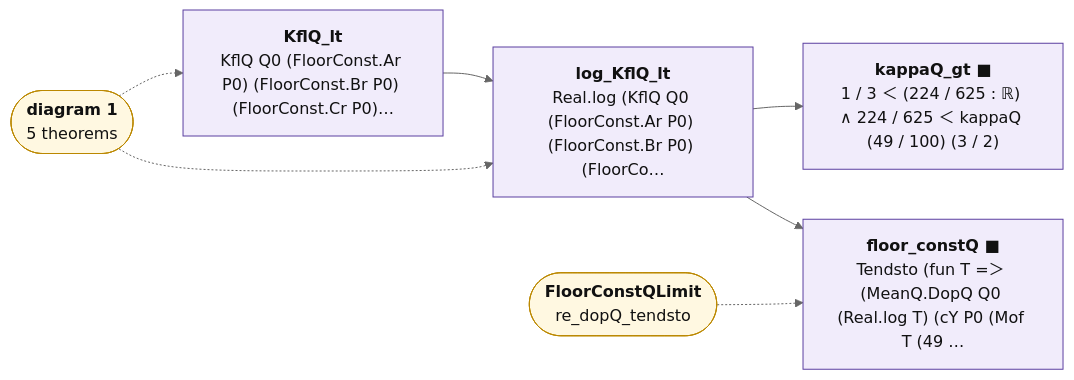
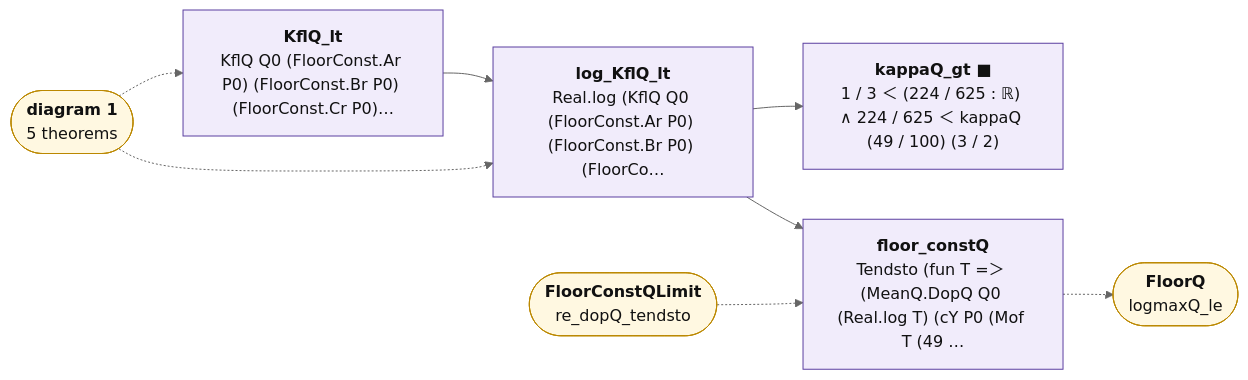
The second of 2 diagrams in map/lean_stage3/FloorConstQ.md (juliansambranojr/Primebeat_081426), drawn with Mermaid (neutral theme) before and after one commit. The commit also changed other lines of this file and 70 other files, not shown here.

````diff
--- a/map/lean_stage3/FloorConstQ.md
+++ b/map/lean_stage3/FloorConstQ.md
@@ -121,23 +126,25 @@
 ```mermaid
 flowchart LR
   n0["<b>KflQ_lt</b><br/>KflQ Q0 (FloorConst.Ar P0) (FloorConst.Br P0) (FloorConst.Cr P0)…"]:::shp
   n1["<b>log_KflQ_lt</b><br/>Real.log (KflQ Q0 (FloorConst.Ar P0) (FloorConst.Br P0) (FloorCo…"]:::shp
   n2["<b>kappaQ_gt ■</b><br/>1 / 3 ＜ (224 / 625 : ℝ) ∧ 224 / 625 ＜ kappaQ (49 / 100) (3 / 2)"]:::shp
-  n3["<b>floor_constQ ■</b><br/>Tendsto (fun T =＞ (MeanQ.DopQ Q0 (Real.log T) (cY P0 (Mof T (49 …"]:::shp
+  n3["<b>floor_constQ</b><br/>Tendsto (fun T =＞ (MeanQ.DopQ Q0 (Real.log T) (cY P0 (Mof T (49 …"]:::shp
   x0(["<b>diagram 1</b><br/>5 theorems"]):::ext
   x1(["<b>FloorConstQLimit</b><br/>re_dopQ_tendsto"]):::ext
+  x2(["<b>FloorQ</b><br/>logmaxQ_le"]):::ext
   n0 --> n1
   n1 --> n2
   n1 --> n3
+  n3 -.-> x2
   x0 -.-> n0
   x0 -.-> n1
   x1 -.-> n3
   classDef cnt fill:#dff5ec,stroke:#17694a,color:#111
   classDef shp fill:#f1ecfb,stroke:#5b3fa0,color:#111
   classDef rh fill:#ffe5e5,stroke:#c22,color:#111,stroke-width:2px
   classDef thm fill:#eef4ff,stroke:#335,color:#111
   classDef end_ fill:#e7f7e7,stroke:#2a7,color:#111,stroke-width:2px
   classDef lone fill:#fff,stroke:#999,color:#111,stroke-dasharray:4 3
   classDef bad fill:#ffe5e5,stroke:#c22,color:#111,stroke-width:2px
   classDef ext fill:#fff8e1,stroke:#b80,color:#111
 ```
````
